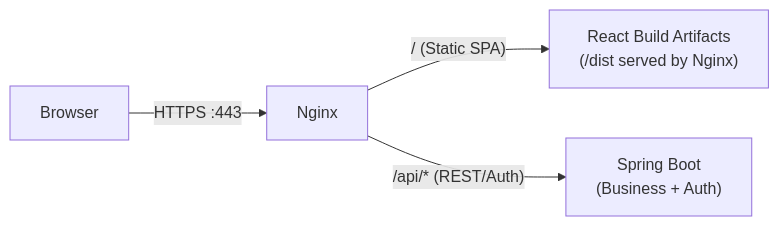
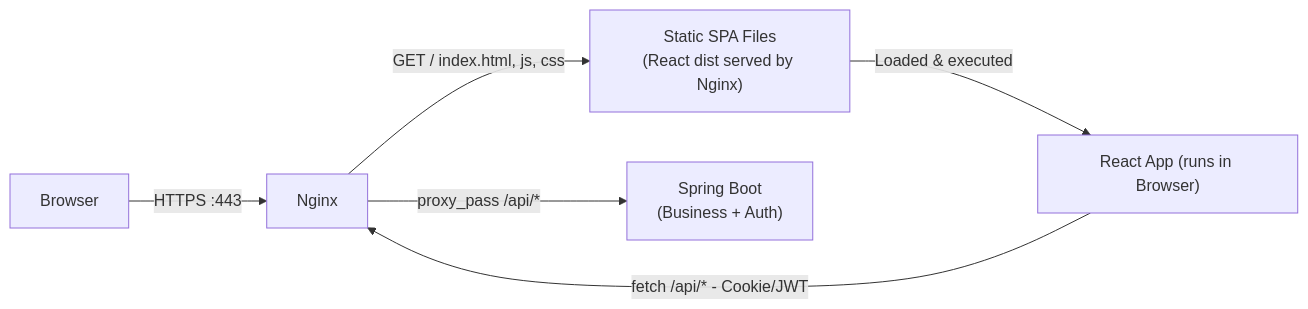
Before and after one commit to jhlee-si/jhlee-si.github.io: the second of 2 diagrams in _posts/2026-03-04-react-springboot-structure.md, drawn with Mermaid.

````diff
--- a/_posts/2026-03-04-react-springboot-structure.md
+++ b/_posts/2026-03-04-react-springboot-structure.md
@@ -27,7 +27,14 @@
 ```mermaid
 flowchart LR
   U[Browser] -->|HTTPS :443| N[Nginx]
 
-  N -->|"/ (Static SPA)"| S["React Build Artifacts<br/>(/dist served by Nginx)"]
-  N -->|"/api/* (REST/Auth)"| B["Spring Boot<br/>(Business + Auth)"]
+  %% 1) Initial page load (static)
+  N -->|GET / index.html, js, css| S["Static SPA Files<br/>(React dist served by Nginx)"]
+
+  %% 2) App runs in the browser
+  S -->|Loaded & executed| R["React App (runs in Browser)"]
+
+  %% 3) API calls initiated by the React app (from the browser)
+  R -->|fetch /api/* - Cookie/JWT| N
+  N -->|proxy_pass /api/*| B["Spring Boot<br/>(Business + Auth)"]
 ```
````
